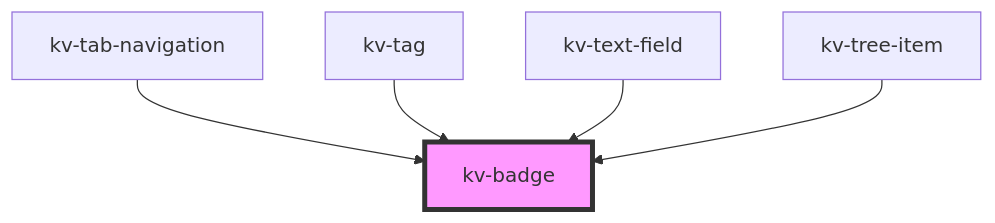
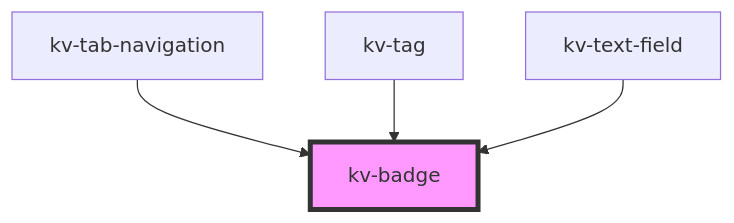
One commit to kelvininc/ui-components changed the diagram in packages/ui-components/src/components/badge/readme.md. Above: the diagram before and after it, drawn with Mermaid. The commit also changed other lines of this file and 57 other files, not shown here.

````diff
--- a/packages/ui-components/src/components/badge/readme.md
+++ b/packages/ui-components/src/components/badge/readme.md
@@ -83,8 +82,7 @@
 ```mermaid
 graph TD;
   kv-tab-navigation --> kv-badge
   kv-tag --> kv-badge
   kv-text-field --> kv-badge
-  kv-tree-item --> kv-badge
   style kv-badge fill:#f9f,stroke:#333,stroke-width:4px
 ```
````
